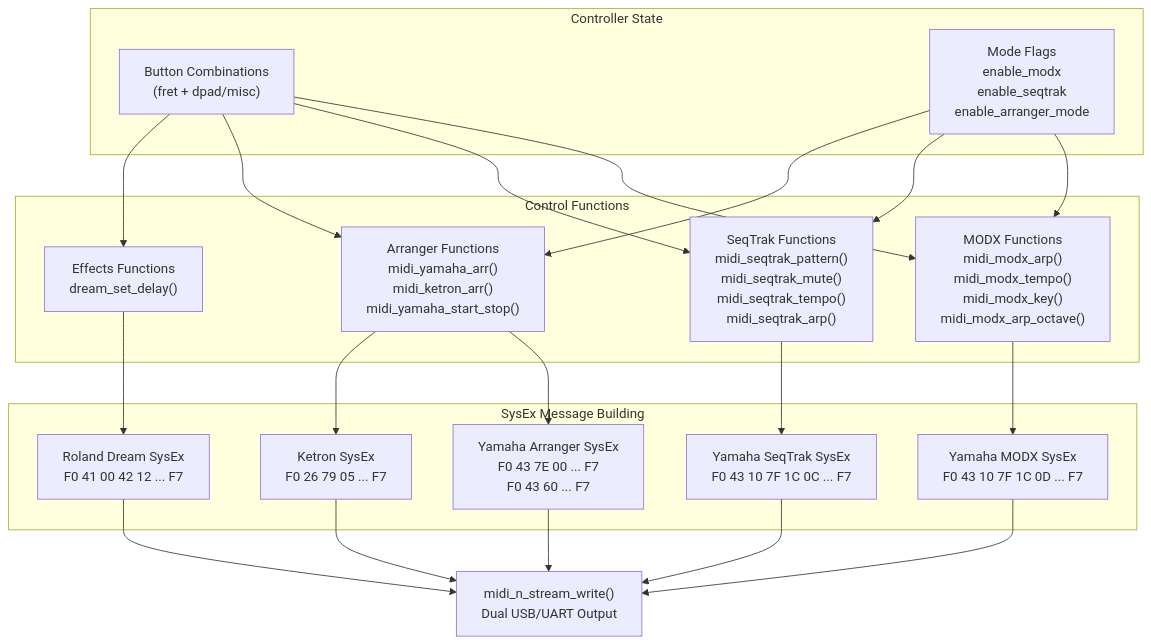
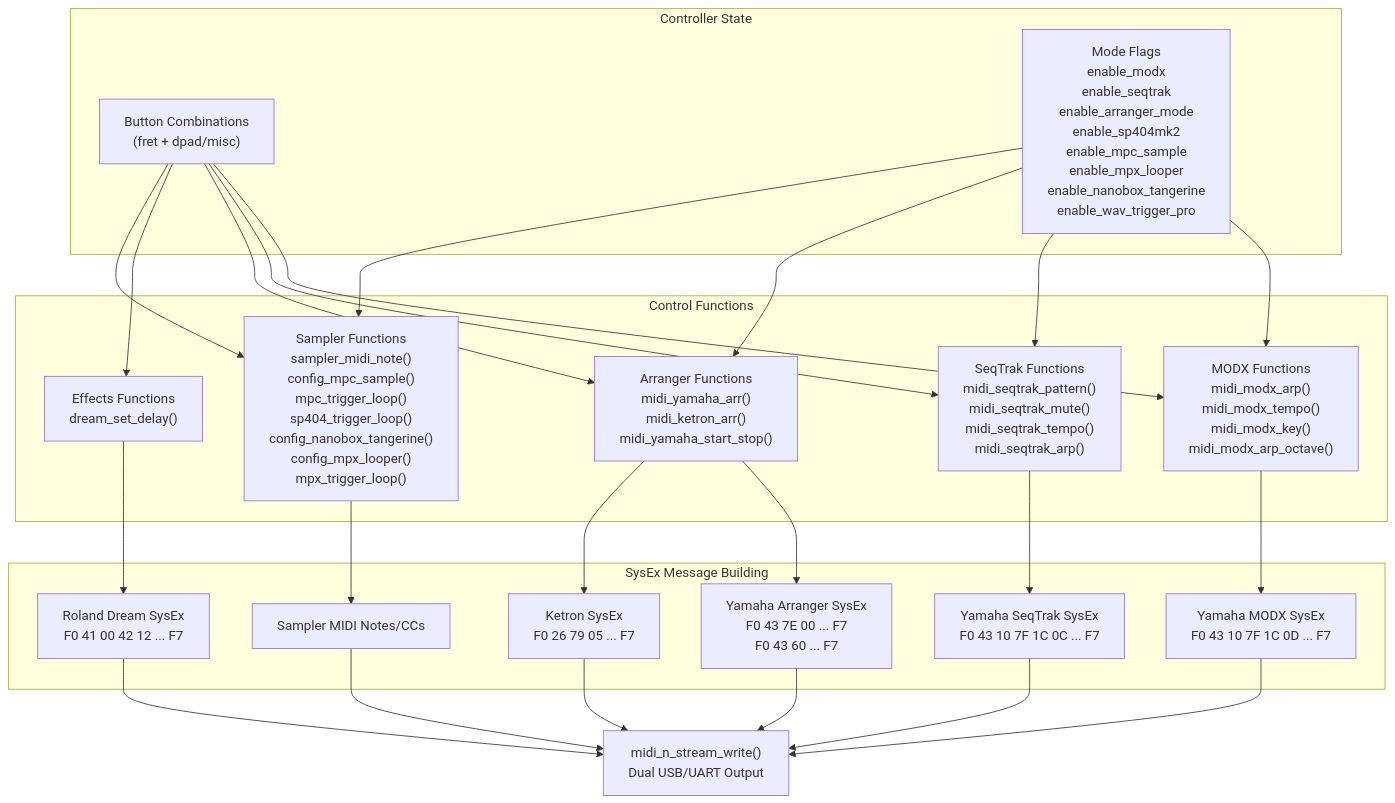
The first of 4 diagrams in wiki/6.3-synthesizer-control.md (Jus-Be/orinayo-pico), drawn with Mermaid before and after one commit. The commit also changed other lines of this file and 42 other files, not shown here.

````diff
--- a/wiki/6.3-synthesizer-control.md
+++ b/wiki/6.3-synthesizer-control.md
@@ -17,54 +25,62 @@
 ```mermaid
 flowchart TD
 
 ButtonCombo["Button Combinations<br>(fret + dpad/misc)"]
-ModeFlags["Mode Flags<br>enable_modx<br>enable_seqtrak<br>enable_arranger_mode"]
+ModeFlags["Mode Flags<br>enable_modx<br>enable_seqtrak<br>enable_arranger_mode<br>enable_sp404mk2<br>enable_mpc_sample<br>enable_mpx_looper<br>enable_nanobox_tangerine<br>enable_wav_trigger_pro"]
 ModxFuncs["MODX Functions<br>midi_modx_arp()<br>midi_modx_tempo()<br>midi_modx_key()<br>midi_modx_arp_octave()"]
 SeqtrakFuncs["SeqTrak Functions<br>midi_seqtrak_pattern()<br>midi_seqtrak_mute()<br>midi_seqtrak_tempo()<br>midi_seqtrak_arp()"]
 ArrangerFuncs["Arranger Functions<br>midi_yamaha_arr()<br>midi_ketron_arr()<br>midi_yamaha_start_stop()"]
 DreamFuncs["Effects Functions<br>dream_set_delay()"]
+SamplerFuncs["Sampler Functions<br>sampler_midi_note()<br>config_mpc_sample()<br>mpc_trigger_loop()<br>sp404_trigger_loop()<br>config_nanobox_tangerine()<br>config_mpx_looper()<br>mpx_trigger_loop()"]
 ModxSysEx["Yamaha MODX SysEx<br>F0 43 10 7F 1C 0D ... F7"]
 SeqtrakSysEx["Yamaha SeqTrak SysEx<br>F0 43 10 7F 1C 0C ... F7"]
 YamahaSysEx["Yamaha Arranger SysEx<br>F0 43 7E 00 ... F7<br>F0 43 60 ... F7"]
 KetronSysEx["Ketron SysEx<br>F0 26 79 05 ... F7"]
 DreamSysEx["Roland Dream SysEx<br>F0 41 00 42 12 ... F7"]
+SamplerMIDI["Sampler MIDI Notes/CCs"]
 Output["midi_n_stream_write()<br>Dual USB/UART Output"]
 
 ButtonCombo --> ModxFuncs
 ButtonCombo --> SeqtrakFuncs
 ButtonCombo --> ArrangerFuncs
 ButtonCombo --> DreamFuncs
+ButtonCombo --> SamplerFuncs
 ModeFlags --> ModxFuncs
 ModeFlags --> SeqtrakFuncs
 ModeFlags --> ArrangerFuncs
+ModeFlags --> SamplerFuncs
 ModxFuncs --> ModxSysEx
 SeqtrakFuncs --> SeqtrakSysEx
 ArrangerFuncs --> YamahaSysEx
 ArrangerFuncs --> KetronSysEx
 DreamFuncs --> DreamSysEx
+SamplerFuncs --> SamplerMIDI
 ModxSysEx --> Output
 SeqtrakSysEx --> Output
 YamahaSysEx --> Output
 KetronSysEx --> Output
 DreamSysEx --> Output
+SamplerMIDI --> Output
 
 subgraph subGraph2 ["SysEx Message Building"]
     ModxSysEx
     SeqtrakSysEx
     YamahaSysEx
     KetronSysEx
     DreamSysEx
+    SamplerMIDI
 end
 
 subgraph subGraph1 ["Control Functions"]
     ModxFuncs
     SeqtrakFuncs
     ArrangerFuncs
     DreamFuncs
+    SamplerFuncs
 end
 
 subgraph subGraph0 ["Controller State"]
     ButtonCombo
     ModeFlags
 end
 ```
````
